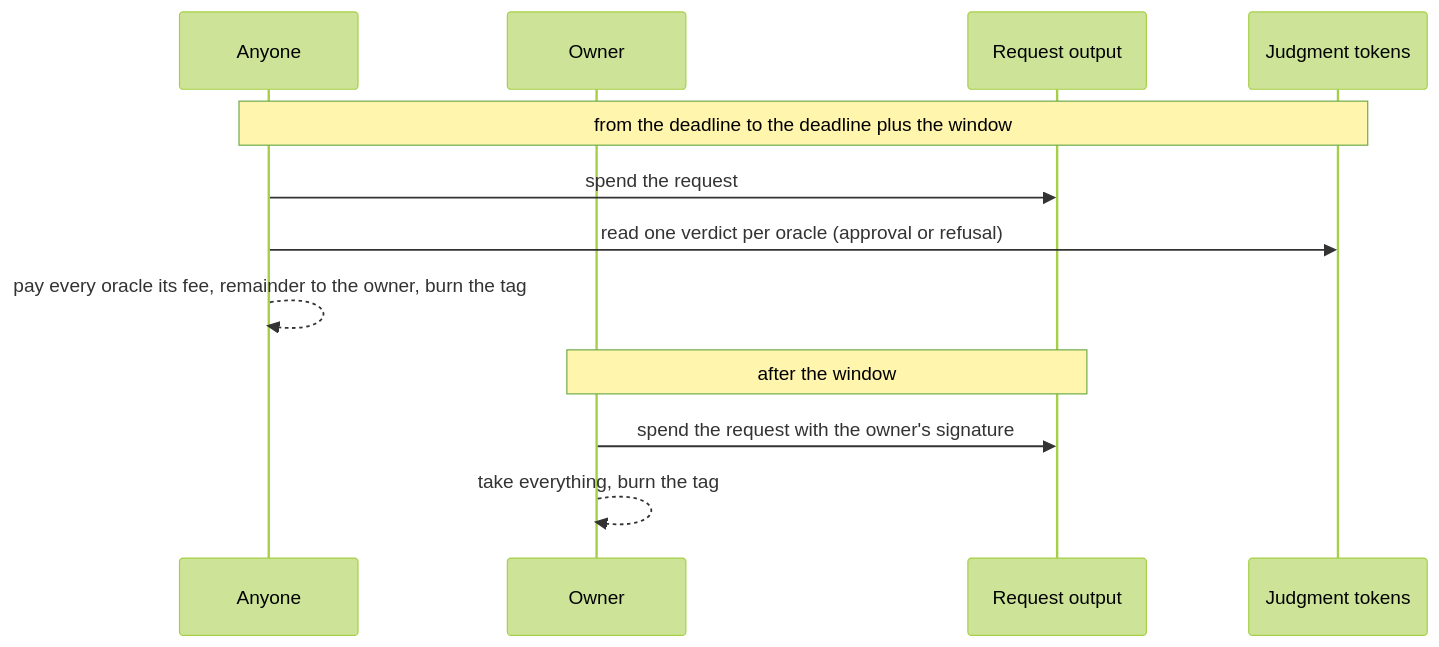
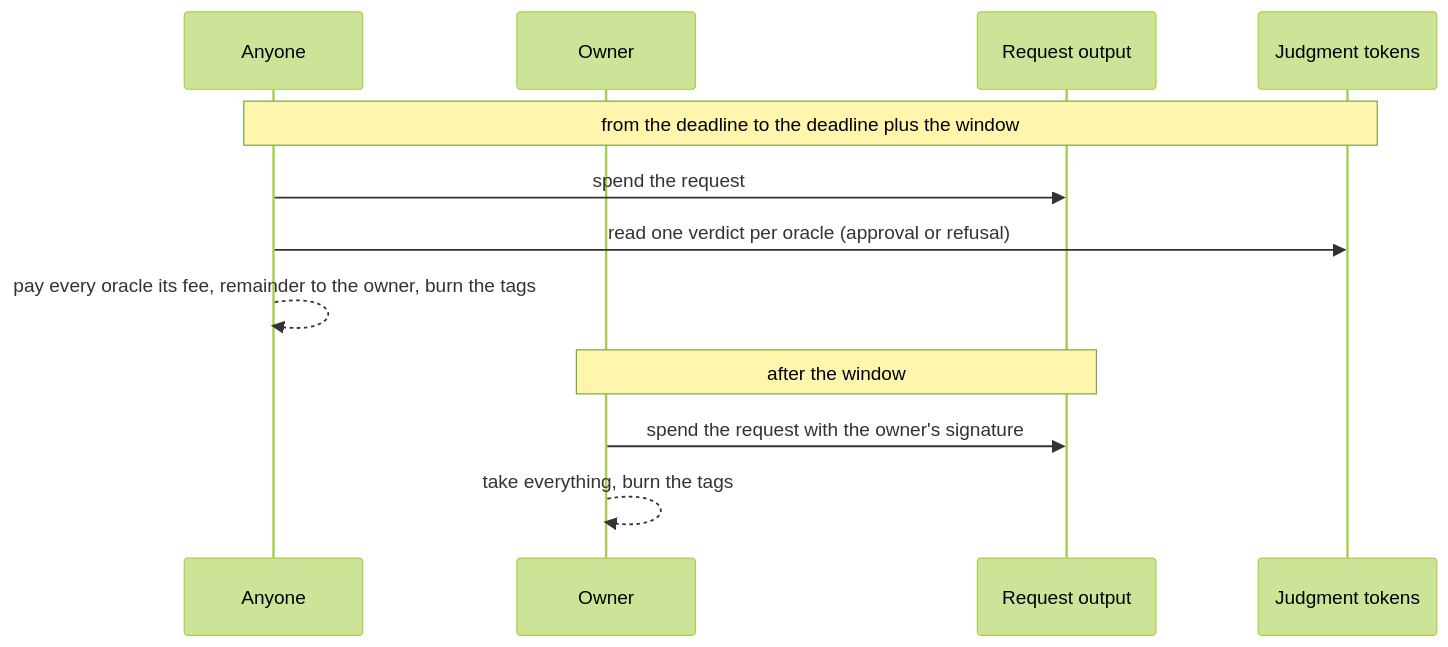
One commit to cardano-foundation/cardano-mpfs-onchain changed the sixth of 6 diagrams in docs/design/registries/lifecycle.md. Above: the diagram before and after it, drawn with Mermaid (forest theme). The commit also changed other lines of this file and 5 other files, not shown here.

````diff
--- a/docs/design/registries/lifecycle.md
+++ b/docs/design/registries/lifecycle.md
@@ -113,14 +113,14 @@
 ```mermaid
 sequenceDiagram
   participant A as Anyone
   participant W as Owner
   participant Q as Request output
   participant J as Judgment tokens
   Note over A,J: from the deadline to the deadline plus the window
   A->>Q: spend the request
   A->>J: read one verdict per oracle (approval or refusal)
-  A-->>A: pay every oracle its fee, remainder to the owner, burn the tag
+  A-->>A: pay every oracle its fee, remainder to the owner, burn the tags
   Note over W,Q: after the window
   W->>Q: spend the request with the owner's signature
-  W-->>W: take everything, burn the tag
+  W-->>W: take everything, burn the tags
 ```
````
